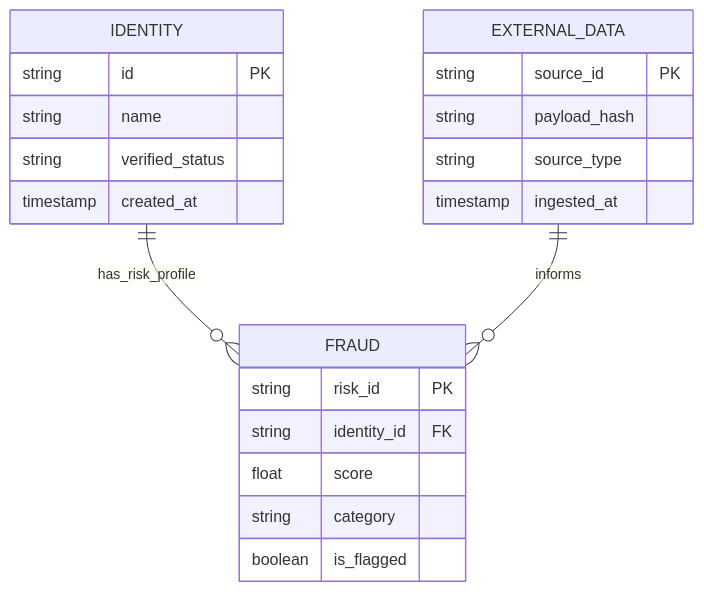
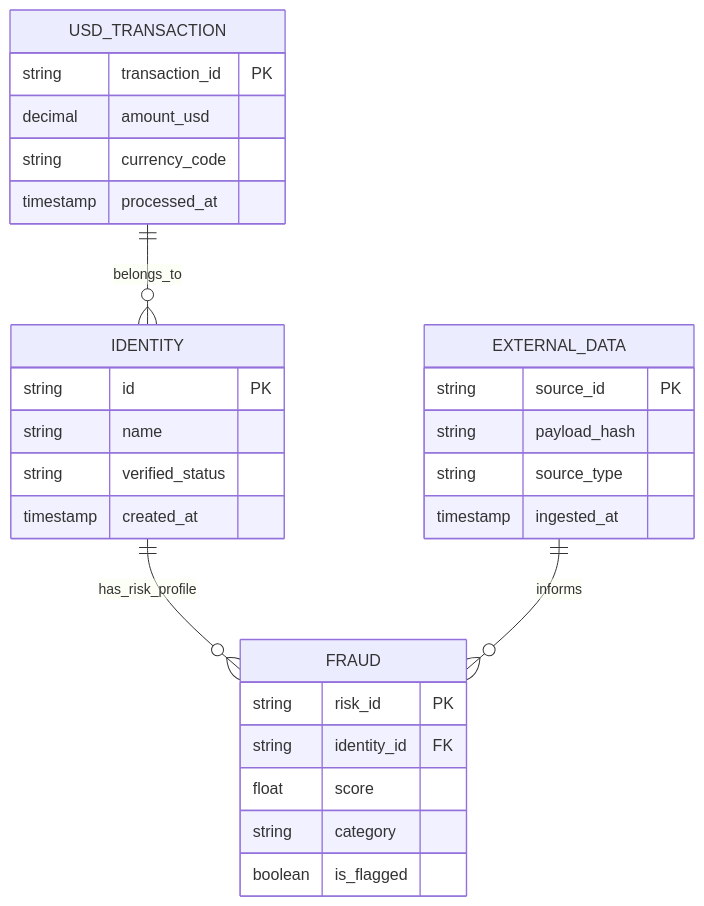
The fourth of 6 diagrams in .qoder/repowiki/en/content/Architecture Overview/Smart Contract Architecture.md (hieudepoet/Insurix), drawn with Mermaid before and after one commit. The commit also changed other lines of this file and 63 other files, not shown here.

````diff
--- a/.qoder/repowiki/en/content/Architecture Overview/Smart Contract Architecture.md
+++ b/.qoder/repowiki/en/content/Architecture Overview/Smart Contract Architecture.md
@@ -215,24 +219,31 @@
 ```mermaid
 erDiagram
 IDENTITY {
 string id PK
 string name
 string verified_status
 timestamp created_at
 }
 FRAUD {
 string risk_id PK
 string identity_id FK
 float score
 string category
 boolean is_flagged
 }
 EXTERNAL_DATA {
 string source_id PK
 string payload_hash
 string source_type
 timestamp ingested_at
 }
+USD_TRANSACTION {
+string transaction_id PK
+decimal amount_usd
+string currency_code
+timestamp processed_at
+}
 IDENTITY ||--o{ FRAUD : has_risk_profile
 EXTERNAL_DATA ||--o{ FRAUD : informs
+USD_TRANSACTION ||--o{ IDENTITY : belongs_to
 ```
````
